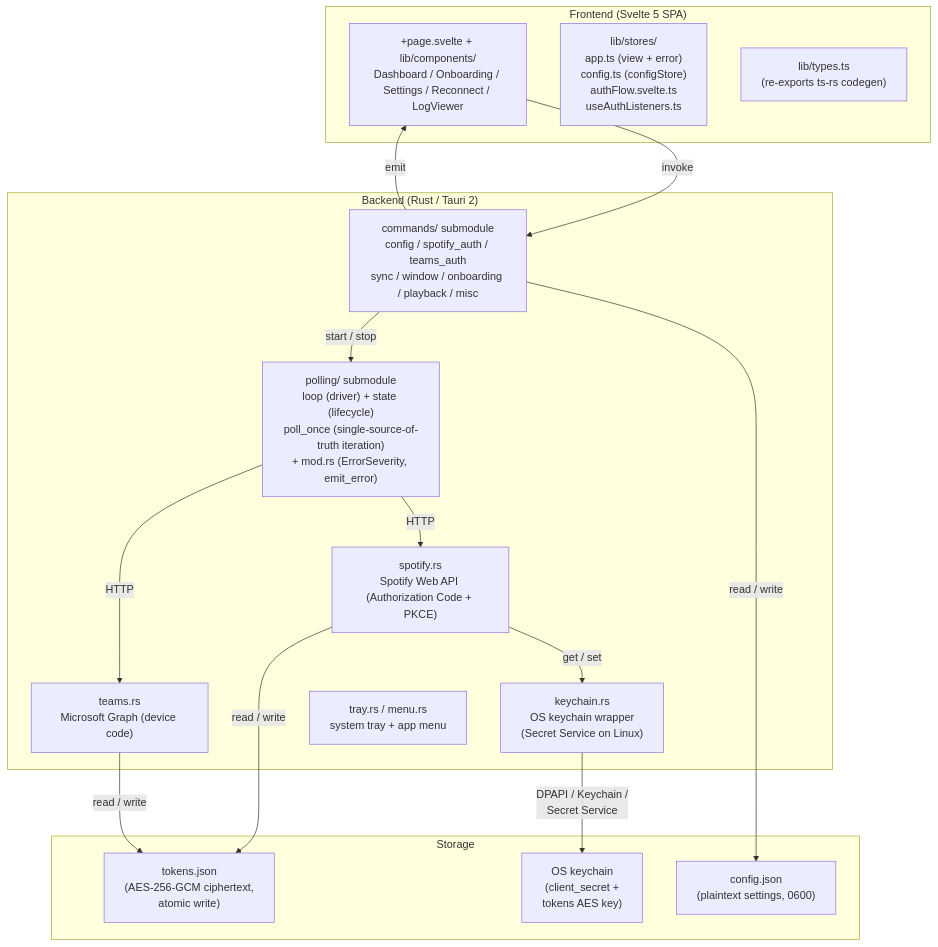
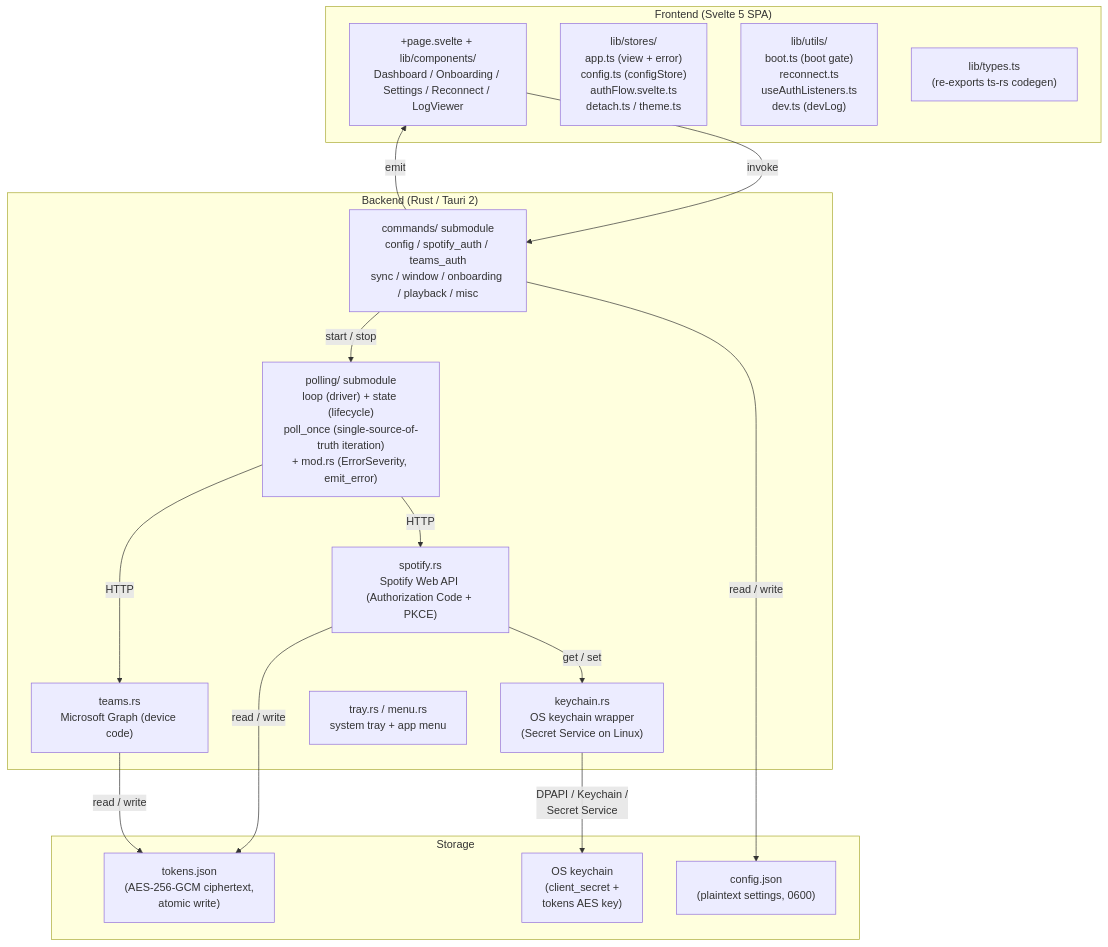
The first of 8 diagrams in ARCHITECTURE.md (Carme99/PresenceJam-Desktop), drawn with Mermaid before and after one commit. The commit also changed other lines of this file and 4 other files, not shown here.

````diff
--- a/ARCHITECTURE.md
+++ b/ARCHITECTURE.md
@@ -49,34 +49,35 @@
 ```mermaid
 graph TD
     subgraph Frontend ["Frontend (Svelte 5 SPA)"]
         UI["+page.svelte + lib/components/<br/>Dashboard / Onboarding / Settings / Reconnect / LogViewer"]
-        Stores["lib/stores/<br/>app.ts (view + error)<br/>config.ts (configStore)<br/>authFlow.svelte.ts<br/>useAuthListeners.ts"]
+        Stores["lib/stores/<br/>app.ts (view + error)<br/>config.ts (configStore)<br/>authFlow.svelte.ts<br/>detach.ts / theme.ts"]
+        Utils["lib/utils/<br/>boot.ts (boot gate)<br/>reconnect.ts<br/>useAuthListeners.ts<br/>dev.ts (devLog)"]
         Types["lib/types.ts<br/>(re-exports ts-rs codegen)"]
     end
 
     subgraph Backend ["Backend (Rust / Tauri 2)"]
         Commands["commands/ submodule<br/>config / spotify_auth / teams_auth<br/>sync / window / onboarding / playback / misc"]
         Polling["polling/ submodule<br/>loop (driver) + state (lifecycle)<br/>poll_once (single-source-of-truth iteration)<br/>+ mod.rs (ErrorSeverity, emit_error)"]
         SpotifyAPI["spotify.rs<br/>Spotify Web API (Authorization Code + PKCE)"]
         TeamsAPI["teams.rs<br/>Microsoft Graph (device code)"]
         Keychain["keychain.rs<br/>OS keychain wrapper<br/>(Secret Service on Linux)"]
         Tray["tray.rs / menu.rs<br/>system tray + app menu"]
     end
 
     subgraph Storage ["Storage"]
         Tokens["tokens.json<br/>(AES-256-GCM ciphertext,<br/>atomic write)"]
         Secret["OS keychain<br/>(client_secret +<br/>tokens AES key)"]
         Config["config.json<br/>(plaintext settings, 0600)"]
     end
 
     UI -->|"invoke<Cmd>"| Commands
     Commands -->|"emit<Event>"| UI
     Commands -->|"start / stop"| Polling
     Polling -->|"HTTP"| SpotifyAPI
     Polling -->|"HTTP"| TeamsAPI
     SpotifyAPI -->|"read / write"| Tokens
     TeamsAPI -->|"read / write"| Tokens
     SpotifyAPI -->|"get / set"| Keychain
     Commands -->|"read / write"| Config
     Keychain -->|"DPAPI / Keychain /<br/>Secret Service"| Secret
 ```
````
